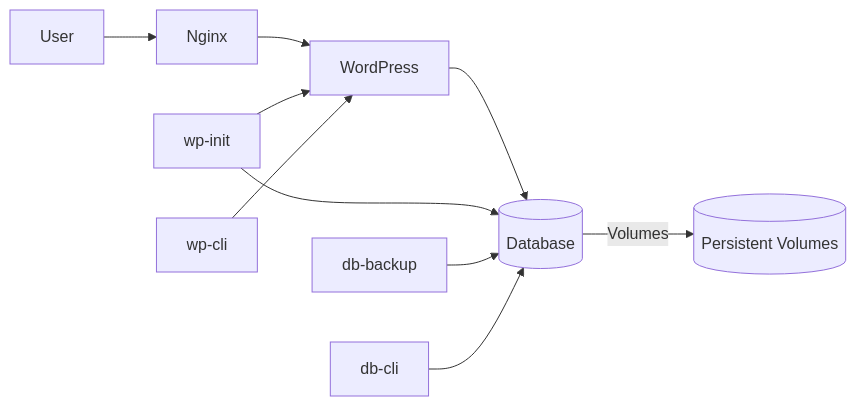
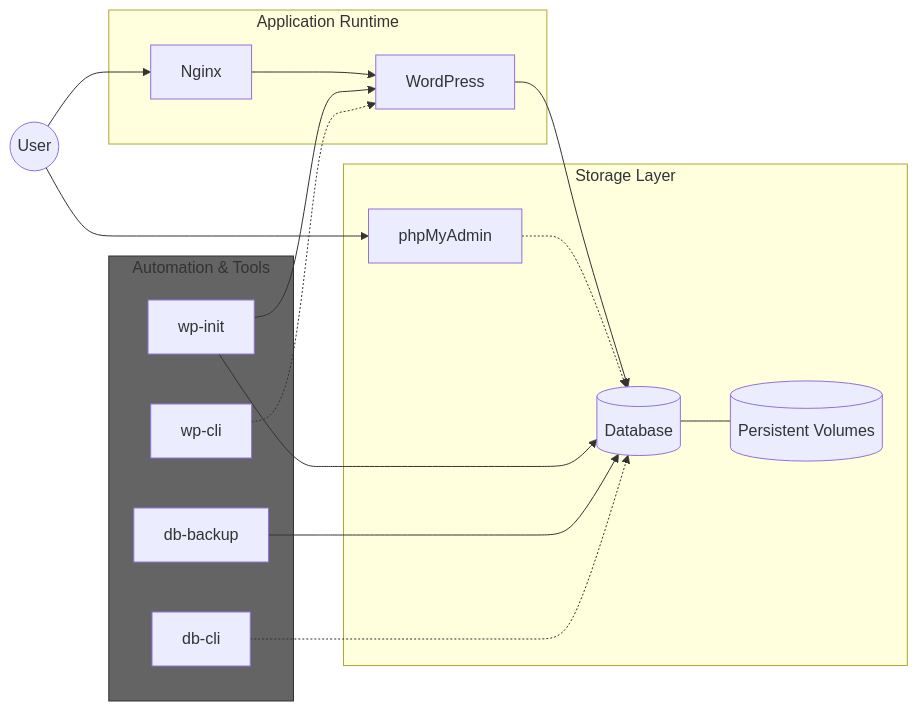
The diagram in README.md (taygumus/wp-docker-stack), drawn with Mermaid before and after one commit.

Commit message:
fix: mermaid diagram

````diff
--- a/README.md
+++ b/README.md
@@ -221,14 +221,25 @@
 ```mermaid
 flowchart LR
-    User --> Nginx --> WordPress
-    WordPress --> DB[(Database)]
+    User((User)) --> Nginx
+    User --> PMA[phpMyAdmin]
+    
+    subgraph App [Application Runtime]
+        Nginx --> WP[WordPress]
+    end
 
-    wp-init --> DB
-    wp-init --> WordPress
-    wp-cli --> WordPress
+    subgraph Data [Storage Layer]
+        WP --> DB[(Database)]
+        DB --- Vol[(Persistent Volumes)]
+        PMA -.-> DB
+    end
 
-    db-backup --> DB
-    db-cli --> DB
+    subgraph Automation [Automation & Tools]
+        WP_INIT[wp-init] --> WP
+        WP_INIT --> DB
+        DB_BACKUP[db-backup] --> DB
+        WP_CLI[wp-cli] -.-> WP
+        DB_CLI[db-cli] -.-> DB
+    end
 
-    DB -->|Volumes| Storage[(Persistent Volumes)]
+    style Automation fill:#646464,stroke:#333
 ```
````
